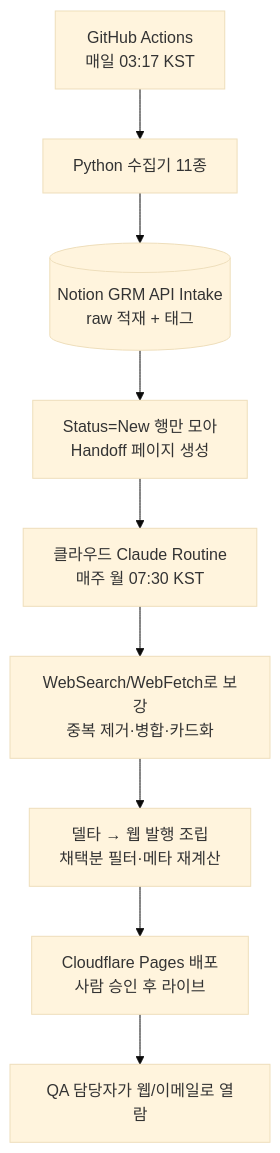
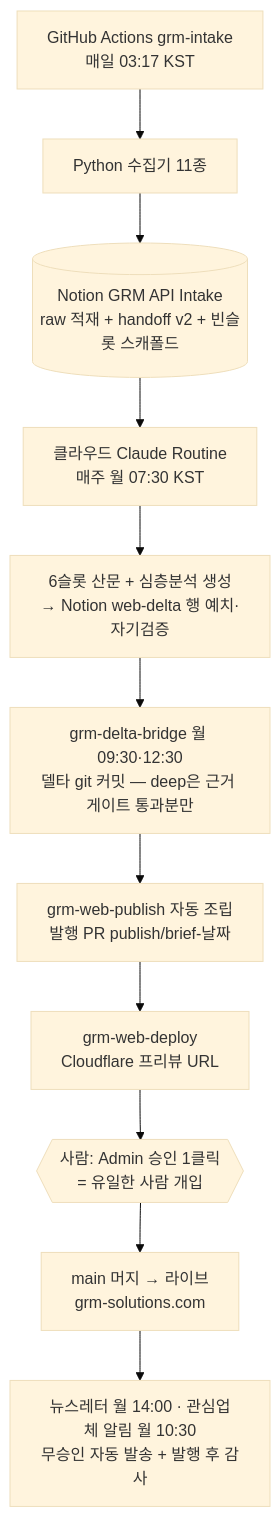
Before and after one commit to MINHOYEOM/grm-api-intake: the second of 3 diagrams in GRM_SYSTEM.md, drawn with Mermaid (base theme). The commit also changed other lines of this file, not shown here.

Commit message:
docs(system): 현재 상태·§3.1 데이터 흐름도 2026-07-13 정비 완료 기준 현행화 (v1.122)
- 문서 메타 현재 상태: 매주 사람 개입=Admin 1클릭 유일·deep 클라우드 생성 검증 완료·
  발송 2종 무승인 자동·크론 이중화 명시
- §3.1 mermaid: 실제 파이프(handoff→Routine 6슬롯+deep→Notion 예치→브릿지 2회→
  조립 PR→프리뷰→사람 승인 1클릭→라이브→자동 발송·감사)로 재작성

````diff
--- a/GRM_SYSTEM.md
+++ b/GRM_SYSTEM.md
@@ -111,11 +111,13 @@
 ```mermaid
 flowchart TD
-    A[GitHub Actions<br/>매일 03:17 KST] --> B[Python 수집기 11종]
-    B --> C[(Notion GRM API Intake<br/>raw 적재 + 태그)]
-    C --> D[Status=New 행만 모아<br/>Handoff 페이지 생성]
-    D --> E[클라우드 Claude Routine<br/>매주 월 07:30 KST]
-    E --> F[WebSearch/WebFetch로 보강<br/>중복 제거·병합·카드화]
-    F --> G[델타 → 웹 발행 조립<br/>채택분 필터·메타 재계산]
-    G --> H[Cloudflare Pages 배포<br/>사람 승인 후 라이브]
-    H --> I[QA 담당자가 웹/이메일로 열람]
+    A[GitHub Actions grm-intake<br/>매일 03:17 KST] --> B[Python 수집기 11종]
+    B --> C[(Notion GRM API Intake<br/>raw 적재 + handoff v2 + 빈슬롯 스캐폴드)]
+    C --> D[클라우드 Claude Routine<br/>매주 월 07:30 KST]
+    D --> E[6슬롯 산문 + 심층분석 생성<br/>→ Notion web-delta 행 예치·자기검증]
+    E --> F[grm-delta-bridge 월 09:30·12:30<br/>델타 git 커밋 — deep은 근거 게이트 통과분만]
+    F --> G[grm-web-publish 자동 조립<br/>발행 PR publish/brief-날짜]
+    G --> H[grm-web-deploy<br/>Cloudflare 프리뷰 URL]
+    H --> I{{사람: Admin 승인 1클릭<br/>= 유일한 사람 개입}}
+    I --> J[main 머지 → 라이브<br/>grm-solutions.com]
+    J --> K[뉴스레터 월 14:00 · 관심업체 알림 월 10:30<br/>무승인 자동 발송 + 발행 후 감사]
 ```
````
